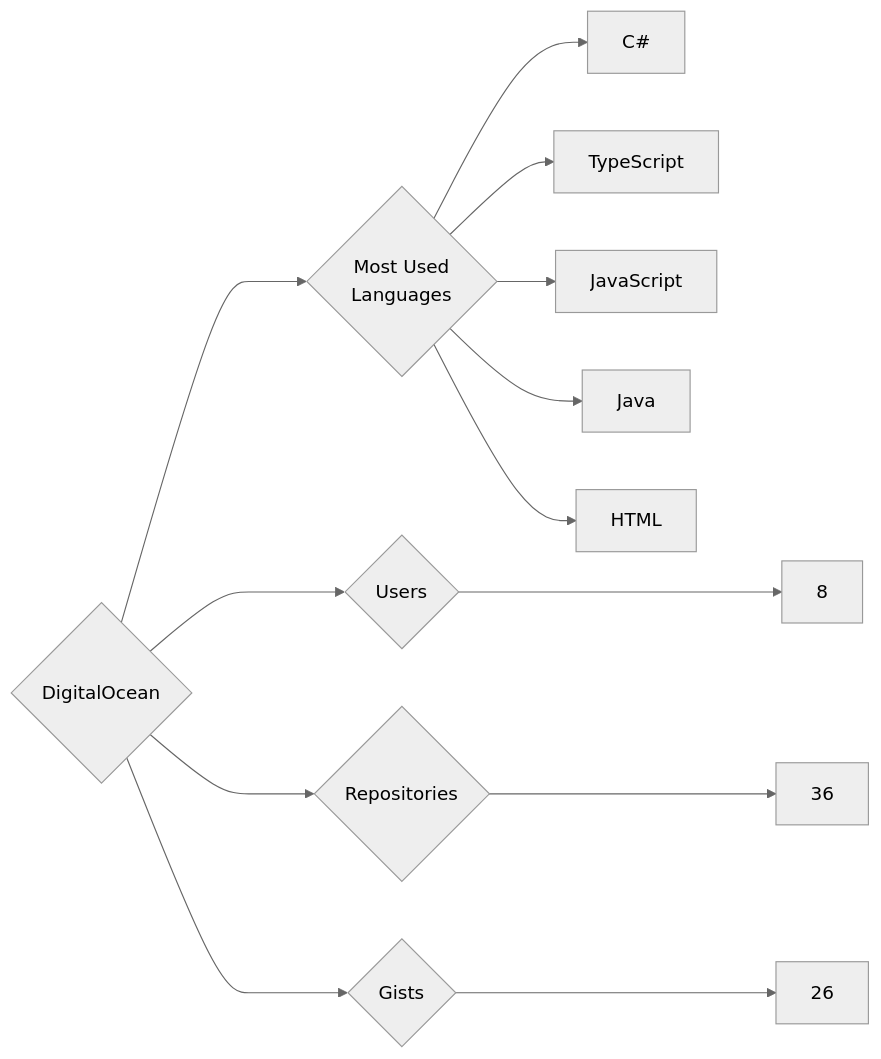
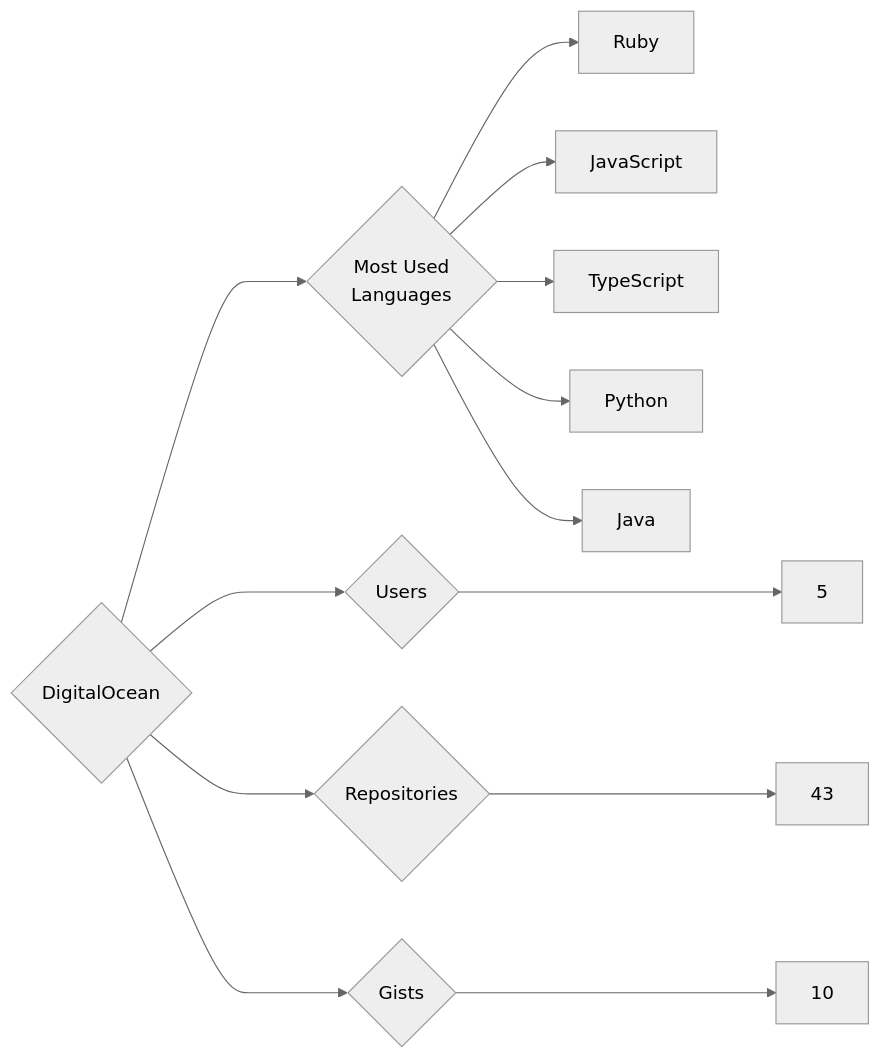
One commit to trickest/insiders changed the diagram in targets/DigitalOcean/README.md. Above: the diagram before and after it, drawn with Mermaid (neutral theme). The commit also changed 1007 other files, not shown here.

````diff
--- a/targets/DigitalOcean/README.md
+++ b/targets/DigitalOcean/README.md
@@ -3,13 +3,13 @@
 ```mermaid
 graph LR
 COMPANY_NAME{DigitalOcean}
-COMPANY_NAME ---> U{Users} ---> UN[8]
-COMPANY_NAME ---> R{Repositories} ---> RN[36]
-COMPANY_NAME ---> G{Gists} ---> GN[26]
+COMPANY_NAME ---> U{Users} ---> UN[5]
+COMPANY_NAME ---> R{Repositories} ---> RN[43]
+COMPANY_NAME ---> G{Gists} ---> GN[10]
 COMPANY_NAME ---> ML{Most Used<br>Languages}
-ML --> C#[C#]
+ML --> Ruby[Ruby]
+ML --> JavaScript[JavaScript]
 ML --> TypeScript[TypeScript]
-ML --> JavaScript[JavaScript]
+ML --> Python[Python]
 ML --> Java[Java]
-ML --> HTML[HTML]
 ```
````
